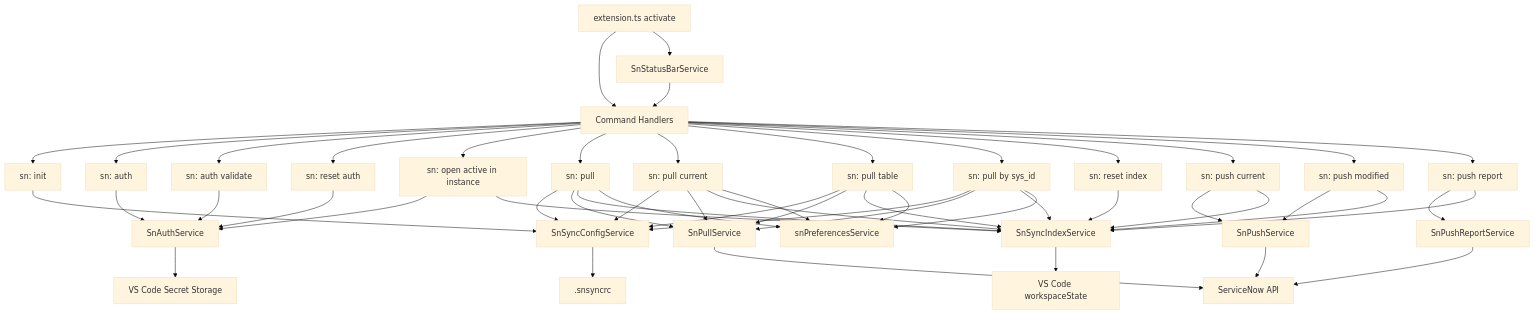
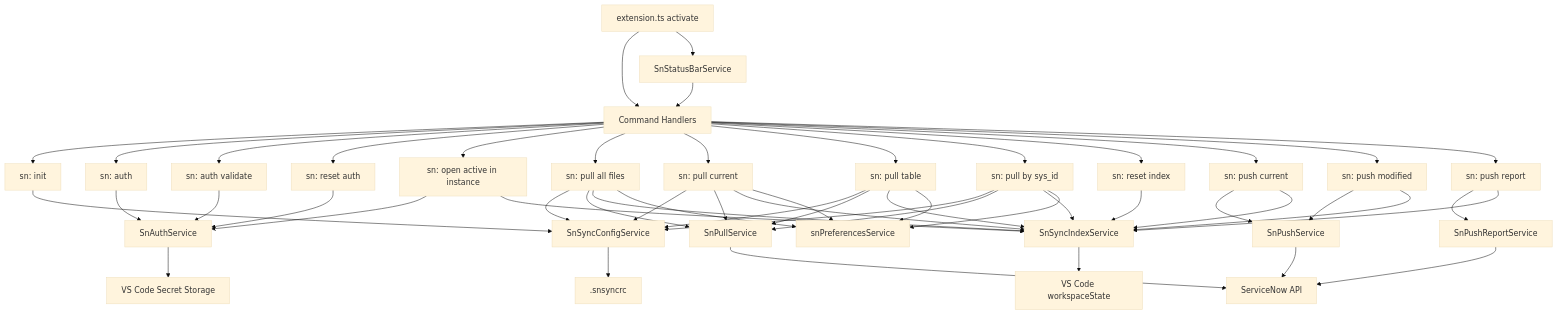
Before and after one commit to AlexAlvarez092/sn-sync: the diagram in docs/architecture.md, drawn with Mermaid (base theme). The commit also changed other lines of this file and 19 other files, not shown here.

First line of the commit message:
feat: add snPullAllFilesCommand to pull all files from ServiceNow with configurable settings

````diff
--- a/docs/architecture.md
+++ b/docs/architecture.md
@@ -220,67 +220,67 @@
 ```mermaid
 flowchart TD
   EXT[extension.ts activate] --> CMD[Command Handlers]
 
   CMD --> INIT[sn: init]
   CMD --> AUTH[sn: auth]
   CMD --> AUTHV[sn: auth validate]
   CMD --> AUTHR[sn: reset auth]
   CMD --> OPEN[sn: open active in instance]
-  CMD --> PULL[sn: pull]
+  CMD --> PULL[sn: pull all files]
   CMD --> PULLCUR[sn: pull current]
   CMD --> PULLTBL[sn: pull table]
   CMD --> PULLID[sn: pull by sys_id]
   CMD --> RESET[sn: reset index]
   CMD --> PUSHA[sn: push current]
   CMD --> PUSHM[sn: push modified]
   CMD --> PUSHR[sn: push report]
   EXT --> SB[SnStatusBarService]
 
   INIT --> CFG[SnSyncConfigService]
   AUTH --> AUTHS[SnAuthService]
   AUTHV --> AUTHS
   AUTHR --> AUTHS
   OPEN --> AUTHS
   OPEN --> INDEX
 
   PULL --> CFG
   PULL --> PULLS[SnPullService]
   PULL --> INDEX[SnSyncIndexService]
   PULL --> PREF[snPreferencesService]
 
   PULLCUR --> CFG
   PULLCUR --> PULLS
   PULLCUR --> INDEX
   PULLCUR --> PREF
 
   PULLTBL --> CFG
   PULLTBL --> PULLS
   PULLTBL --> INDEX
   PULLTBL --> PREF
 
   PULLID --> CFG
   PULLID --> PULLS
   PULLID --> INDEX
   PULLID --> PREF
 
   RESET --> INDEX
 
   PUSHA --> PUSHS[SnPushService]
   PUSHA --> INDEX
 
   PUSHM --> PUSHS
   PUSHM --> INDEX
 
   PUSHR --> REP[SnPushReportService]
   PUSHR --> INDEX
 
   SB --> CMD
 
   PULLS --> SN[ServiceNow API]
   PUSHS --> SN
   REP --> SN
 
   INDEX --> WS[VS Code workspaceState]
   AUTHS --> SEC[VS Code Secret Storage]
   CFG --> RC[.snsyncrc]
 ```
````
